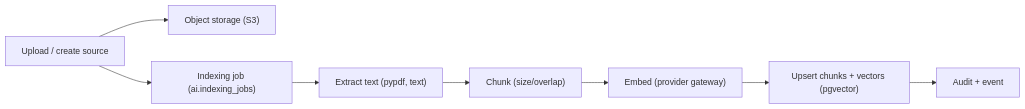
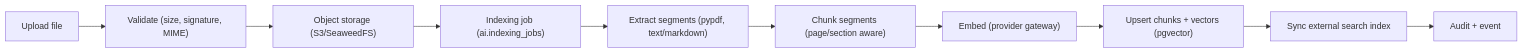
The diagram in ai-platform/docs/rag.md (enareshy/FutureForge), drawn with Mermaid before and after one commit. The commit also changed other lines of this file and 8 other files, not shown here.

````diff
--- a/ai-platform/docs/rag.md
+++ b/ai-platform/docs/rag.md
@@ -9,10 +10,12 @@
 ```mermaid
 graph LR
-    Upload["Upload / create source"] --> Store["Object storage (S3)"]
-    Upload --> Enqueue["Indexing job (ai.indexing_jobs)"]
-    Enqueue --> Extract["Extract text (pypdf, text)"]
-    Extract --> Chunk["Chunk (size/overlap)"]
+    Upload["Upload file"] --> Validate["Validate (size, signature, MIME)"]
+    Validate --> Store["Object storage (S3/SeaweedFS)"]
+    Store --> Enqueue["Indexing job (ai.indexing_jobs)"]
+    Enqueue --> Extract["Extract segments (pypdf, text/markdown)"]
+    Extract --> Chunk["Chunk segments (page/section aware)"]
     Chunk --> Embed["Embed (provider gateway)"]
     Embed --> Write["Upsert chunks + vectors (pgvector)"]
-    Write --> Audit["Audit + event"]
+    Write --> Index["Sync external search index"]
+    Index --> Audit["Audit + event"]
 ```
````
